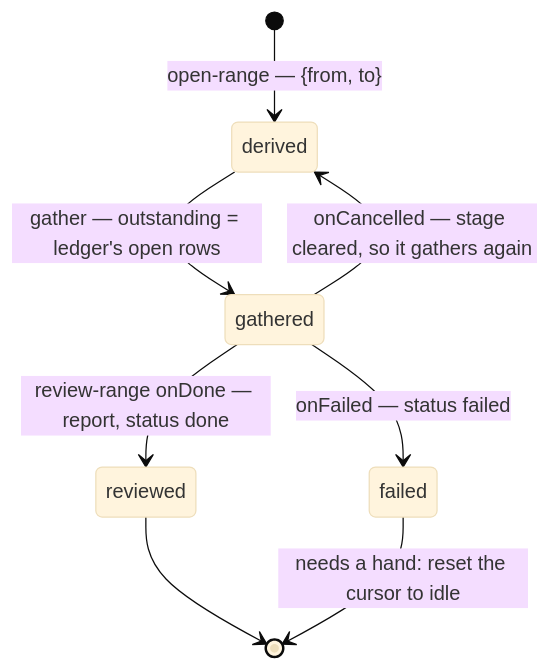
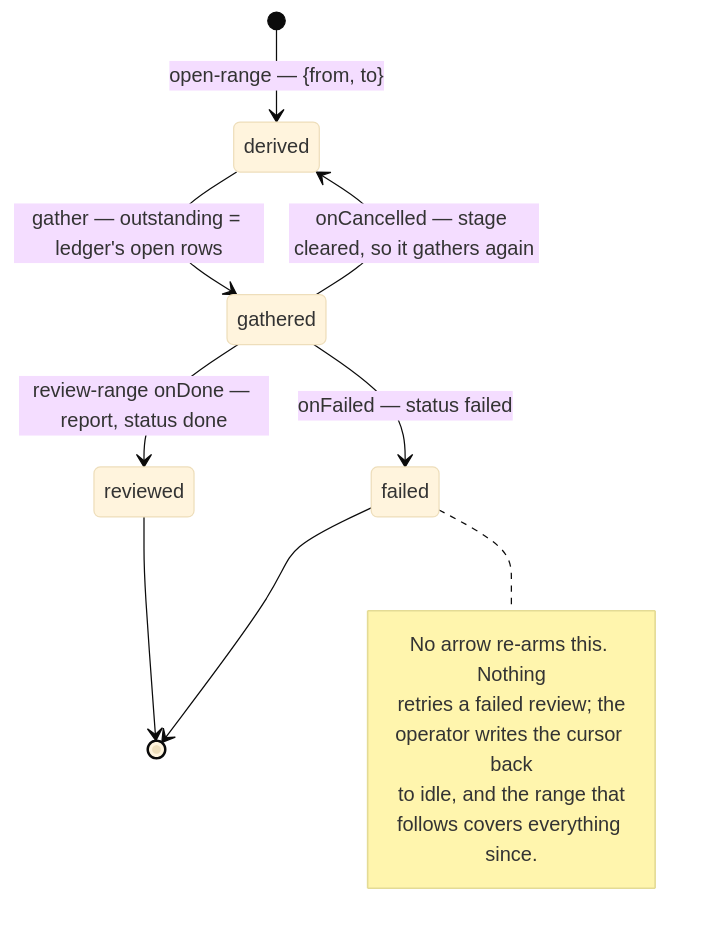
Before and after one commit to signadot/viff: the third of 5 diagrams in docs/working/comment-drift-states.md, drawn with Mermaid (base theme). The commit also changed other lines of this file, not shown here.

Commit message:
docs: the state diagrams parse, which `make check` alone would not have told me
Two blocks rendered as mermaid's error text on the page — a broken page rather than an ugly one —
and both are the traps check-mermaid's own help names:

  - `&lt;`/`&gt;` work in a node label and NOT in a participant alias, so
    `participant rng as drift.range.&lt;to&gt;` never parsed. Braces are the idiom:
    `drift.range.{to}`.
  - a transition INTO `[*]` takes no description, so `failed --> [*]: needs a hand` was a parse
    error where the same text on any other arrow is fine. It is a note beside the state now,
    which is where that sentence belonged anyway.

WHAT LET IT THROUGH is worth writing down, because it will happen again: `make check` passed. The
mkdocs plugin copies a mermaid block through untouched, so a syntax error is invisible at build
time — the Makefile says exactly this above check-mermaid — and I read "the docs build" as "the
diagrams are fine". They are different questions and only the second one is `make check-mermaid`.

Tier: fix

````diff
--- a/docs/working/comment-drift-states.md
+++ b/docs/working/comment-drift-states.md
@@ -83,10 +83,17 @@
 ```mermaid
 stateDiagram-v2
     [*] --> derived: open-range — {from, to}
     derived --> gathered: gather — outstanding = ledger's open rows
     gathered --> reviewed: review-range onDone — report, status done
     gathered --> failed: onFailed — status failed
     gathered --> derived: onCancelled — stage cleared, so it gathers again
     reviewed --> [*]
-    failed --> [*]: needs a hand: reset the cursor to idle
+    failed --> [*]
+    note right of failed
+      No arrow re-arms this. Nothing
+      retries a failed review; the
+      operator writes the cursor back
+      to idle, and the range that
+      follows covers everything since.
+    end note
 ```
````
